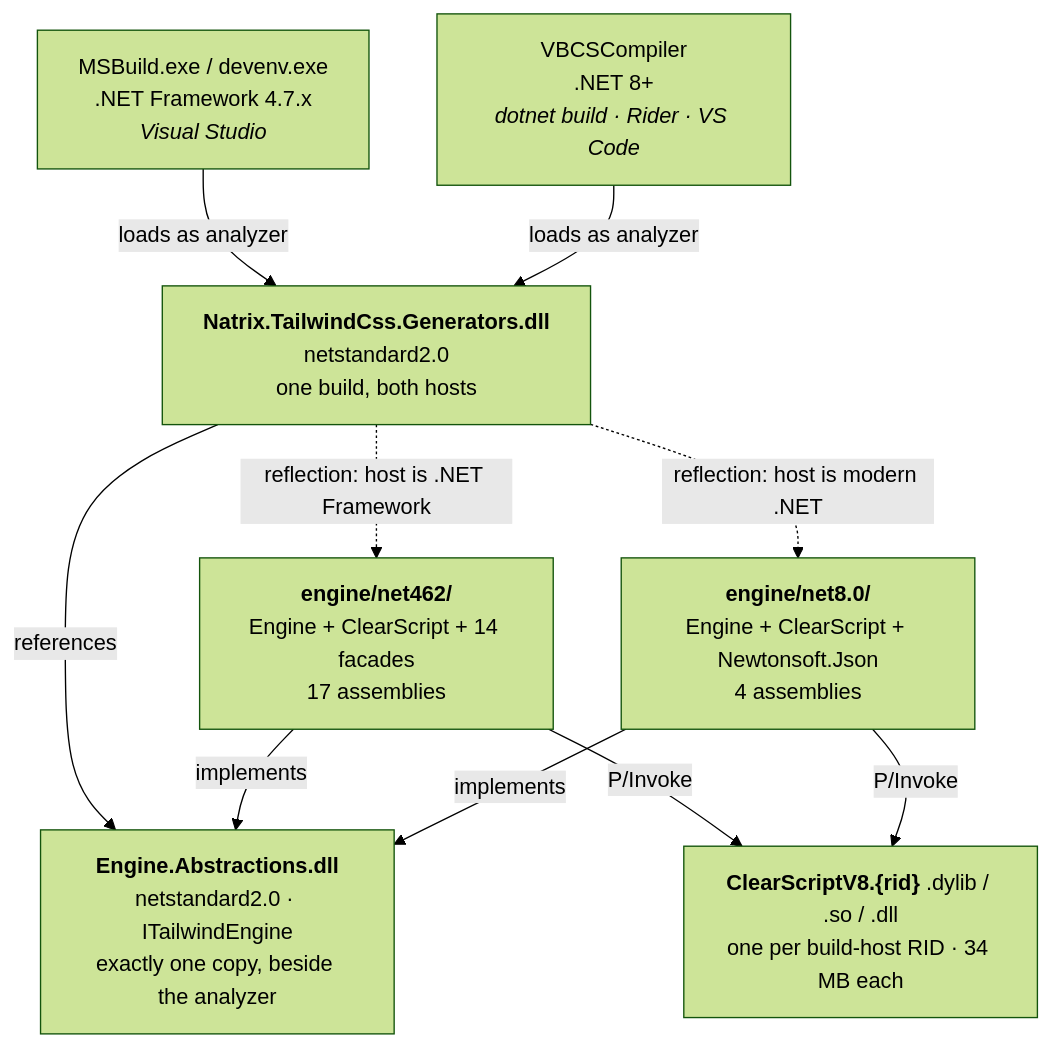
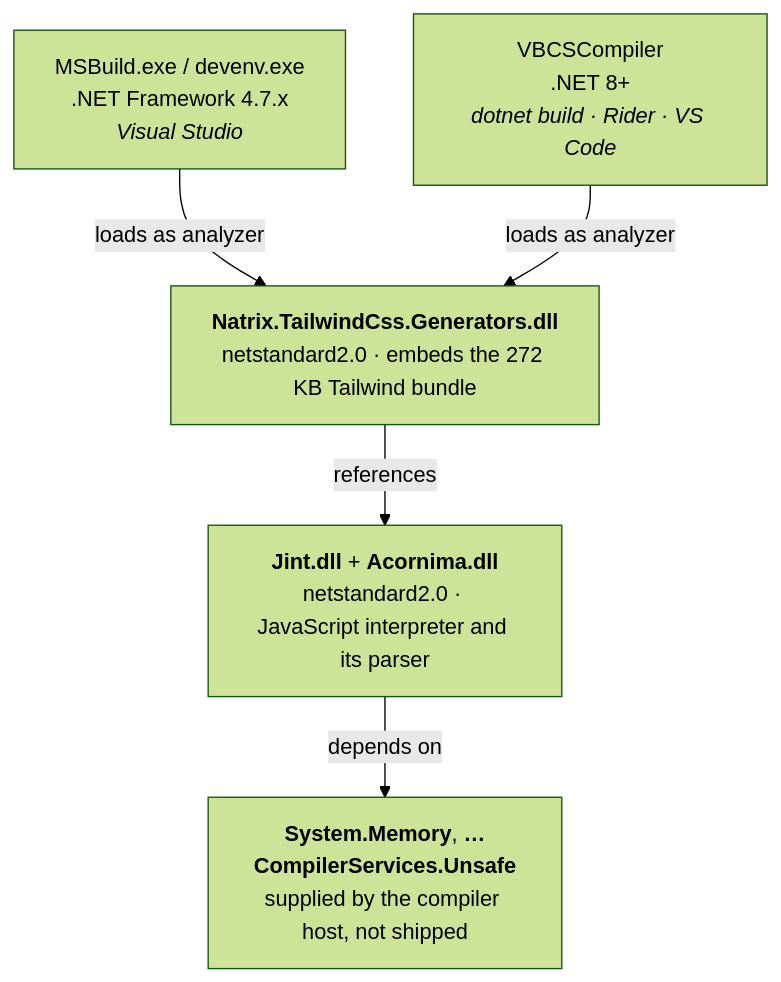
The first of 2 diagrams in src/Natrix.TailwindCss.Generators/ARCHITECTURE.md (miroljub1995/natrix), drawn with Mermaid (forest theme) before and after one commit. The commit also changed other lines of this file and 28 other files, not shown here.

First line of the commit message:
Run the Tailwind generator on Jint instead of ClearScript/V8 (#28)

````diff
--- a/src/Natrix.TailwindCss.Generators/ARCHITECTURE.md
+++ b/src/Natrix.TailwindCss.Generators/ARCHITECTURE.md
@@ -19,26 +19,14 @@
 ```mermaid
 flowchart TD
     FX["MSBuild.exe / devenv.exe<br/>.NET Framework 4.7.x<br/><i>Visual Studio</i>"]
     MOD["VBCSCompiler<br/>.NET 8+<br/><i>dotnet build · Rider · VS Code</i>"]
 
-    AN["<b>Natrix.TailwindCss.Generators.dll</b><br/>netstandard2.0<br/>one build, both hosts"]
-    AB["<b>Engine.Abstractions.dll</b><br/>netstandard2.0 · ITailwindEngine<br/>exactly one copy, beside the analyzer"]
-
-    E462["<b>engine/net462/</b><br/>Engine + ClearScript + 14 facades<br/>17 assemblies"]
-    E80["<b>engine/net8.0/</b><br/>Engine + ClearScript + Newtonsoft.Json<br/>4 assemblies"]
-
-    NAT["<b>ClearScriptV8.{rid}</b> .dylib / .so / .dll<br/>one per build-host RID · 34 MB each"]
+    AN["<b>Natrix.TailwindCss.Generators.dll</b><br/>netstandard2.0 · embeds the 272 KB Tailwind bundle"]
+    JI["<b>Jint.dll</b> + <b>Acornima.dll</b><br/>netstandard2.0 · JavaScript interpreter and its parser"]
+    HOST["<b>System.Memory</b>, <b>…CompilerServices.Unsafe</b><br/>supplied by the compiler host, not shipped"]
 
     FX -->|loads as analyzer| AN
     MOD -->|loads as analyzer| AN
-
-    AN -->|references| AB
-    AN -.->|"reflection: host is .NET Framework"| E462
-    AN -.->|"reflection: host is modern .NET"| E80
-
-    E462 -->|implements| AB
-    E80 -->|implements| AB
-
-    E462 -->|P/Invoke| NAT
-    E80 -->|P/Invoke| NAT
+    AN -->|references| JI
+    JI -->|depends on| HOST
 ```
````
